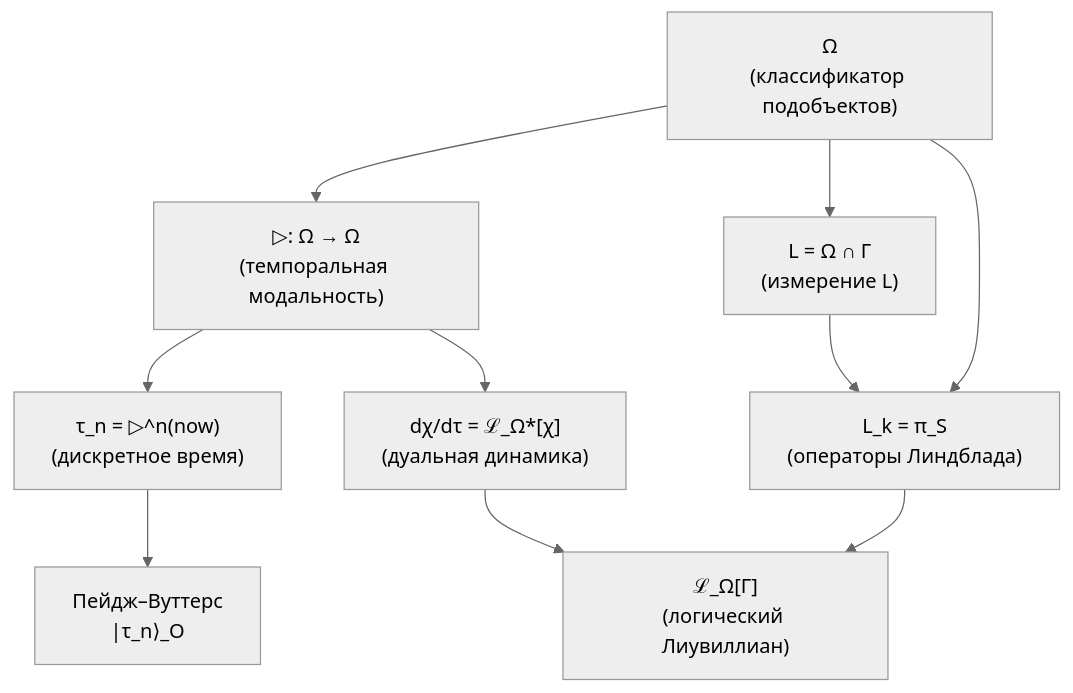
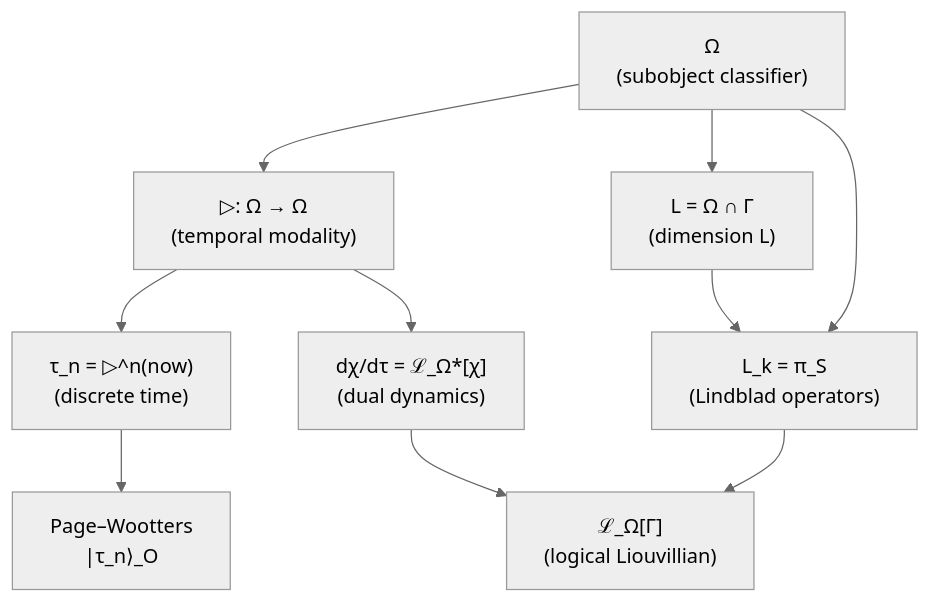
The first of 2 diagrams in website/docs/proofs/dynamics/emergent-time.md (gst-st/uhm), drawn with Mermaid (neutral theme) before and after one commit. The commit also changed other lines of this file and 59 other files, not shown here.

````diff
--- a/website/docs/proofs/dynamics/emergent-time.md
+++ b/website/docs/proofs/dynamics/emergent-time.md
@@ -249,16 +249,16 @@
 ```mermaid
 graph TD
-    Omega["Ω<br/>(классификатор подобъектов)"] --> Modal["▷: Ω → Ω<br/>(темпоральная модальность)"]
-    Omega --> L["L = Ω ∩ Γ<br/>(измерение L)"]
-    Omega --> Lk["L_k = π_S<br/>(операторы Линдблада)"]
+    Omega["Ω<br/>(subobject classifier)"] --> Modal["▷: Ω → Ω<br/>(temporal modality)"]
+    Omega --> L["L = Ω ∩ Γ<br/>(dimension L)"]
+    Omega --> Lk["L_k = π_S<br/>(Lindblad operators)"]
 
-    Modal --> Tau["τ_n = ▷^n(now)<br/>(дискретное время)"]
-    Modal --> Evol["dχ/dτ = ℒ_Ω*[χ]<br/>(дуальная динамика)"]
+    Modal --> Tau["τ_n = ▷^n(now)<br/>(discrete time)"]
+    Modal --> Evol["dχ/dτ = ℒ_Ω*[χ]<br/>(dual dynamics)"]
 
-    Tau --> PW["Пейдж–Вуттерс<br/>|τ_n⟩_O"]
+    Tau --> PW["Page–Wootters<br/>|τ_n⟩_O"]
 
-    Lk --> Liouv["ℒ_Ω[Γ]<br/>(логический Лиувиллиан)"]
+    Lk --> Liouv["ℒ_Ω[Γ]<br/>(logical Liouvillian)"]
     Evol --> Liouv
 
     L --> Lk
 ```
````
